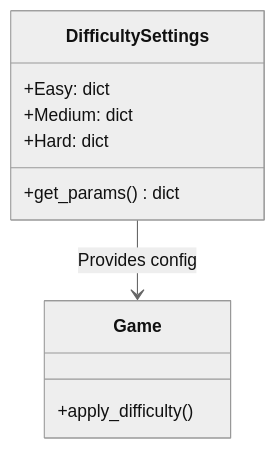
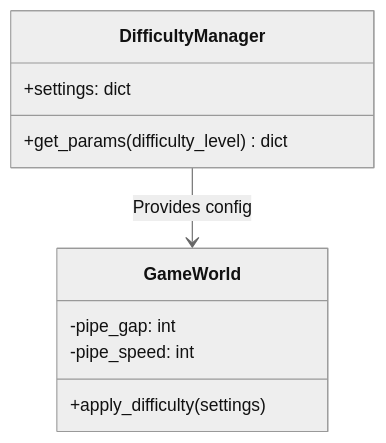
Before and after one commit to B-202401431/Flappy-Bird: the third of 3 diagrams in README.md, drawn with Mermaid (neutral theme). The commit also changed other lines of this file, not shown here.

````diff
--- a/README.md
+++ b/README.md
@@ -160,15 +145,15 @@
 ```mermaid
 classDiagram
-    class DifficultySettings{
-        +Easy: dict
-        +Medium: dict
-        +Hard: dict
-        +get_params() dict
+    class DifficultyManager{
+        +settings: dict
+        +get_params(difficulty_level) dict
     }
     
-    class Game{
-        +apply_difficulty()
+    class GameWorld{
+        -pipe_gap: int
+        -pipe_speed: int
+        +apply_difficulty(settings)
     }
     
-    DifficultySettings --> Game : Provides config
+    DifficultyManager --> GameWorld : Provides config
 ```
````
